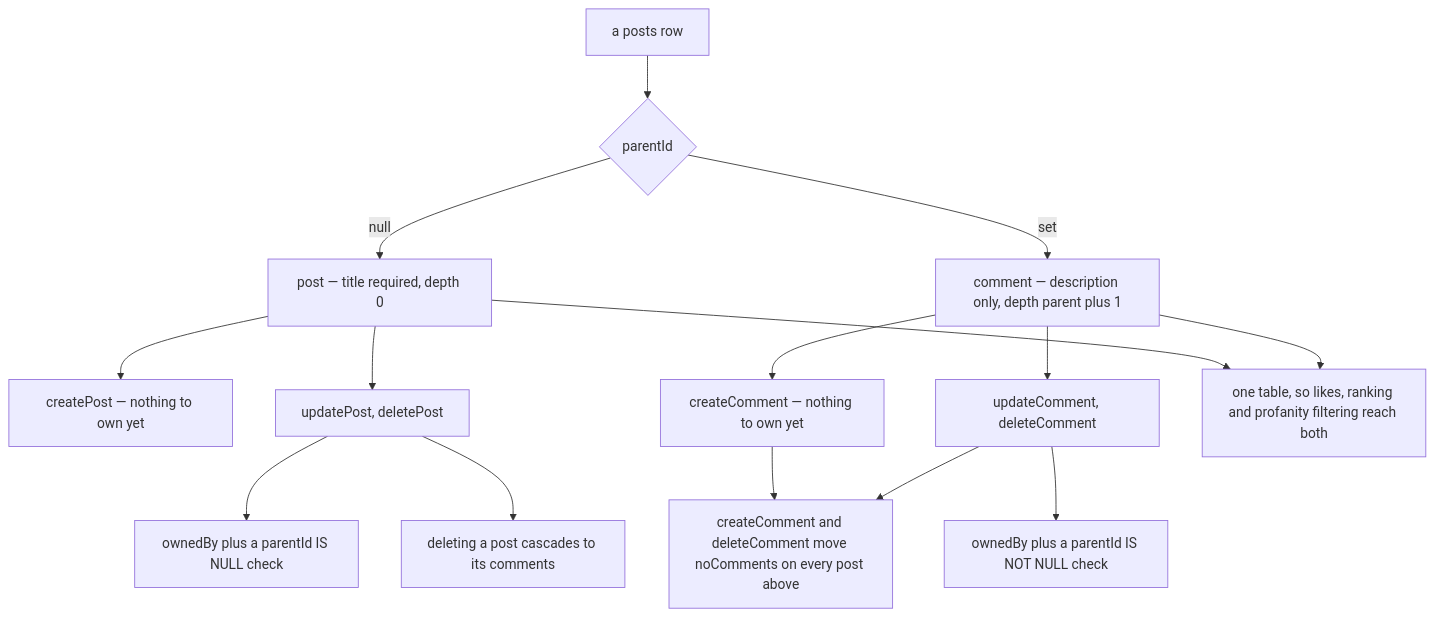
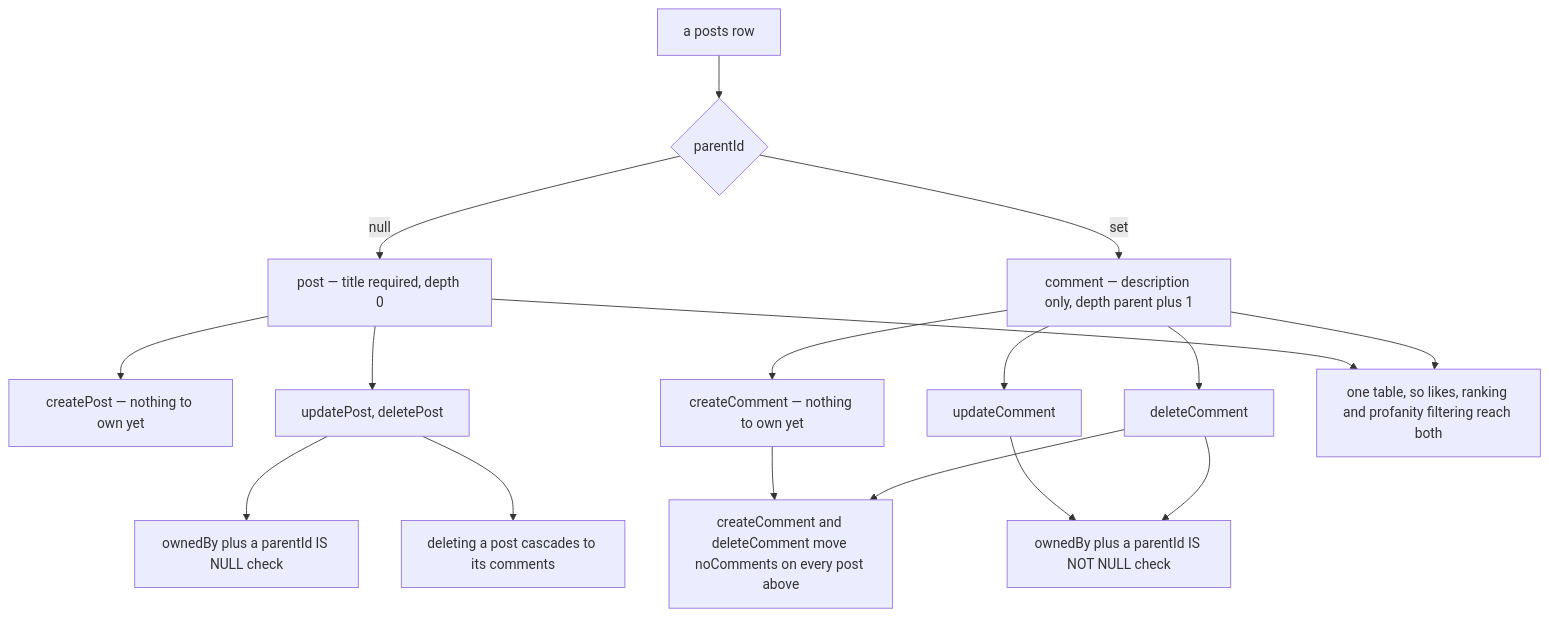
The first of 2 diagrams in packages/app/content/docs/posts/posts-and-comments.md (Esposter/Esposter), drawn with Mermaid before and after one commit. The commit also changed other lines of this file and 17 other files, not shown here.

First line of the commit message:
fix(review): the invite walk, the branch a rejected delete left unread, and a subtree count two deletes could share

````diff
--- a/packages/app/content/docs/posts/posts-and-comments.md
+++ b/packages/app/content/docs/posts/posts-and-comments.md
@@ -12,17 +12,19 @@
 ```mermaid
 flowchart TD
   ROW["a posts row"] --> PARENT{"parentId"}
   PARENT -->|"null"| POST["post — title required, depth 0"]
   PARENT -->|"set"| COMMENT["comment — description only, depth parent plus 1"]
   POST --> POSTCREATE["createPost — nothing to own yet"]
   POST --> POSTWRITE["updatePost, deletePost"]
   COMMENT --> COMMENTCREATE["createComment — nothing to own yet"]
-  COMMENT --> COMMENTWRITE["updateComment, deleteComment"]
+  COMMENT --> COMMENTUPDATE["updateComment"]
+  COMMENT --> COMMENTDELETE["deleteComment"]
   POSTWRITE --> GUARD["ownedBy plus a parentId IS NULL check"]
-  COMMENTWRITE --> GUARDC["ownedBy plus a parentId IS NOT NULL check"]
+  COMMENTUPDATE --> GUARDC["ownedBy plus a parentId IS NOT NULL check"]
+  COMMENTDELETE --> GUARDC
   COMMENTCREATE --> COUNT["createComment and deleteComment move noComments on every post above"]
-  COMMENTWRITE --> COUNT
+  COMMENTDELETE --> COUNT
   POSTWRITE --> CASCADE["deleting a post cascades to its comments"]
   POST --> SHARED["one table, so likes, ranking and profanity filtering reach both"]
   COMMENT --> SHARED
 ```
````
